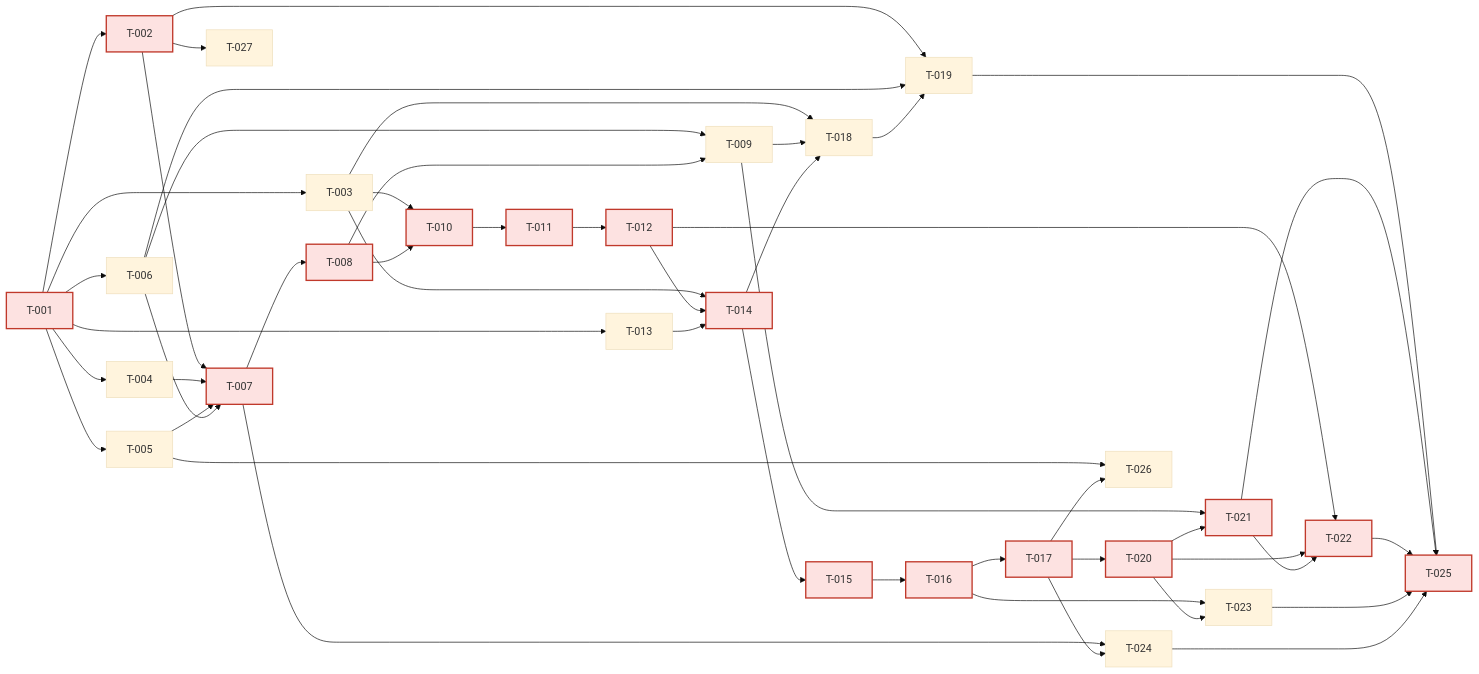
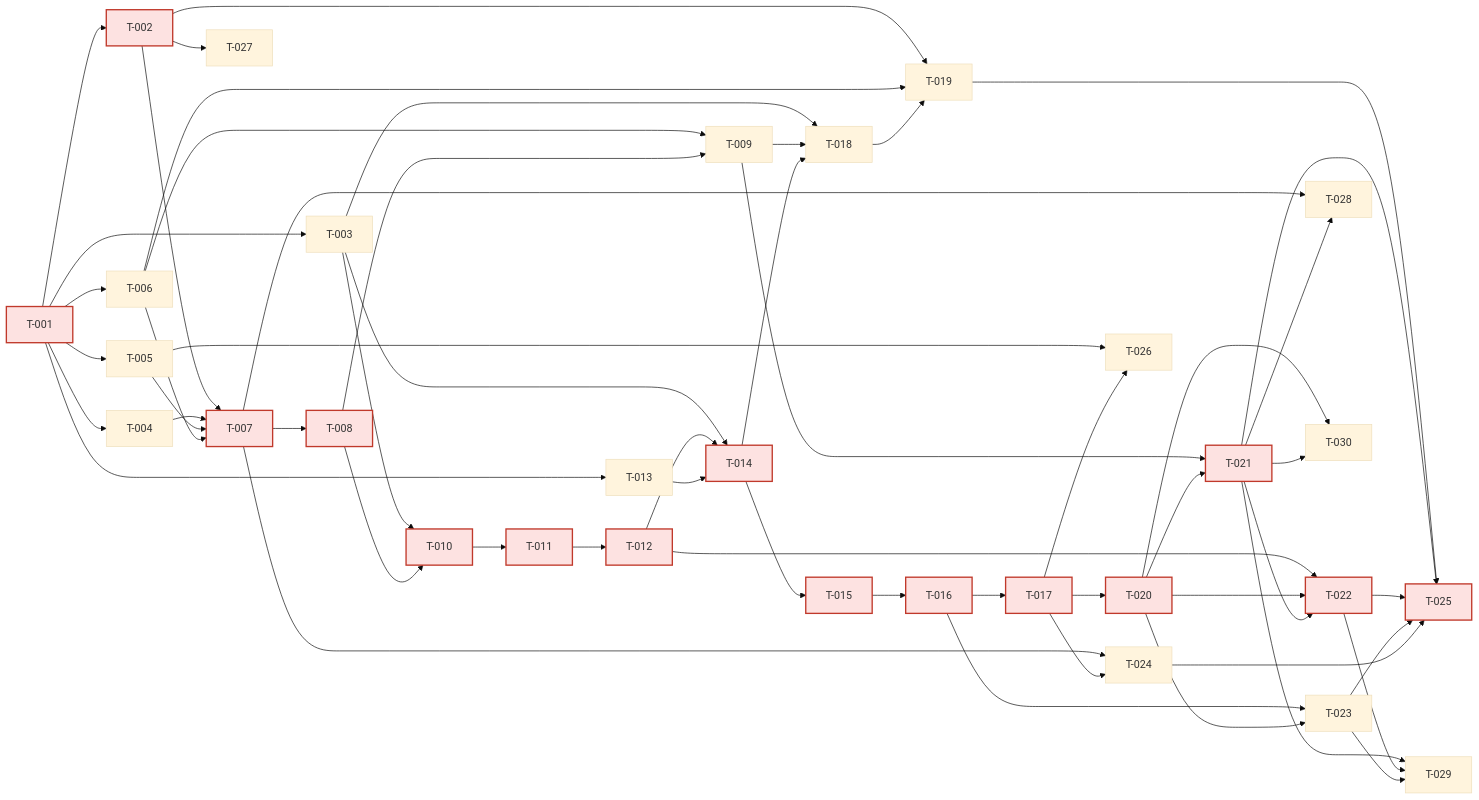
Before and after one commit to AndersonYzarra/mi-junta: the diagram in spec-pack/08-backlog.md, drawn with Mermaid (base theme). The commit also changed other lines of this file and 8 other files, not shown here.

````diff
--- a/spec-pack/08-backlog.md
+++ b/spec-pack/08-backlog.md
@@ -99,27 +101,30 @@
 ```mermaid
 flowchart LR
     T001[T-001] --> T002[T-002] & T003[T-003] & T004[T-004] & T005[T-005] & T006[T-006] & T013[T-013]
     T002 & T004 & T005 & T006 --> T007[T-007]
     T007 --> T008[T-008]
     T006 & T008 --> T009[T-009]
     T003 & T008 --> T010[T-010]
     T010 --> T011[T-011]
     T011 --> T012[T-012]
     T003 & T012 & T013 --> T014[T-014]
     T014 --> T015[T-015]
     T015 --> T016[T-016]
     T016 --> T017[T-017]
     T003 & T009 & T014 --> T018[T-018]
     T002 & T006 & T018 --> T019[T-019]
     T017 --> T020[T-020]
     T009 & T020 --> T021[T-021]
     T012 & T020 & T021 --> T022[T-022]
     T016 & T020 --> T023[T-023]
     T007 & T017 --> T024[T-024]
     T019 & T021 & T022 & T023 & T024 --> T025[T-025]
     T005 & T017 --> T026[T-026]
     T002 --> T027[T-027]
+    T007 & T021 --> T028[T-028]
+    T021 & T022 & T023 --> T029[T-029]
+    T020 & T021 --> T030[T-030]
 
     classDef critical fill:#fde2e1,stroke:#c0392b,stroke-width:2px
     class T001,T002,T007,T008,T010,T011,T012,T014,T015,T016,T017,T020,T021,T022,T025 critical
 ```
````
